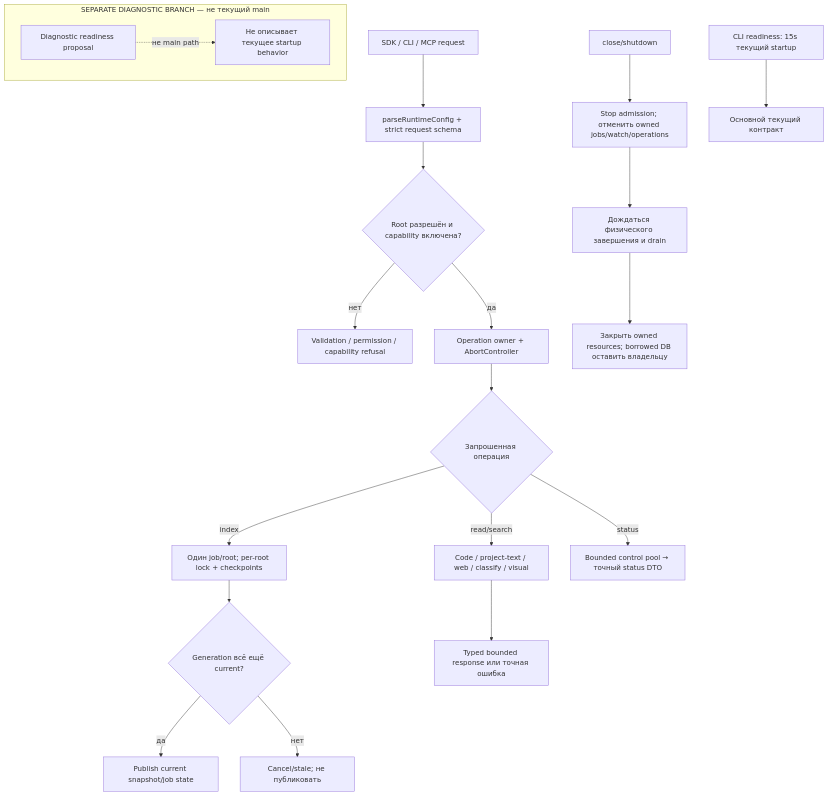
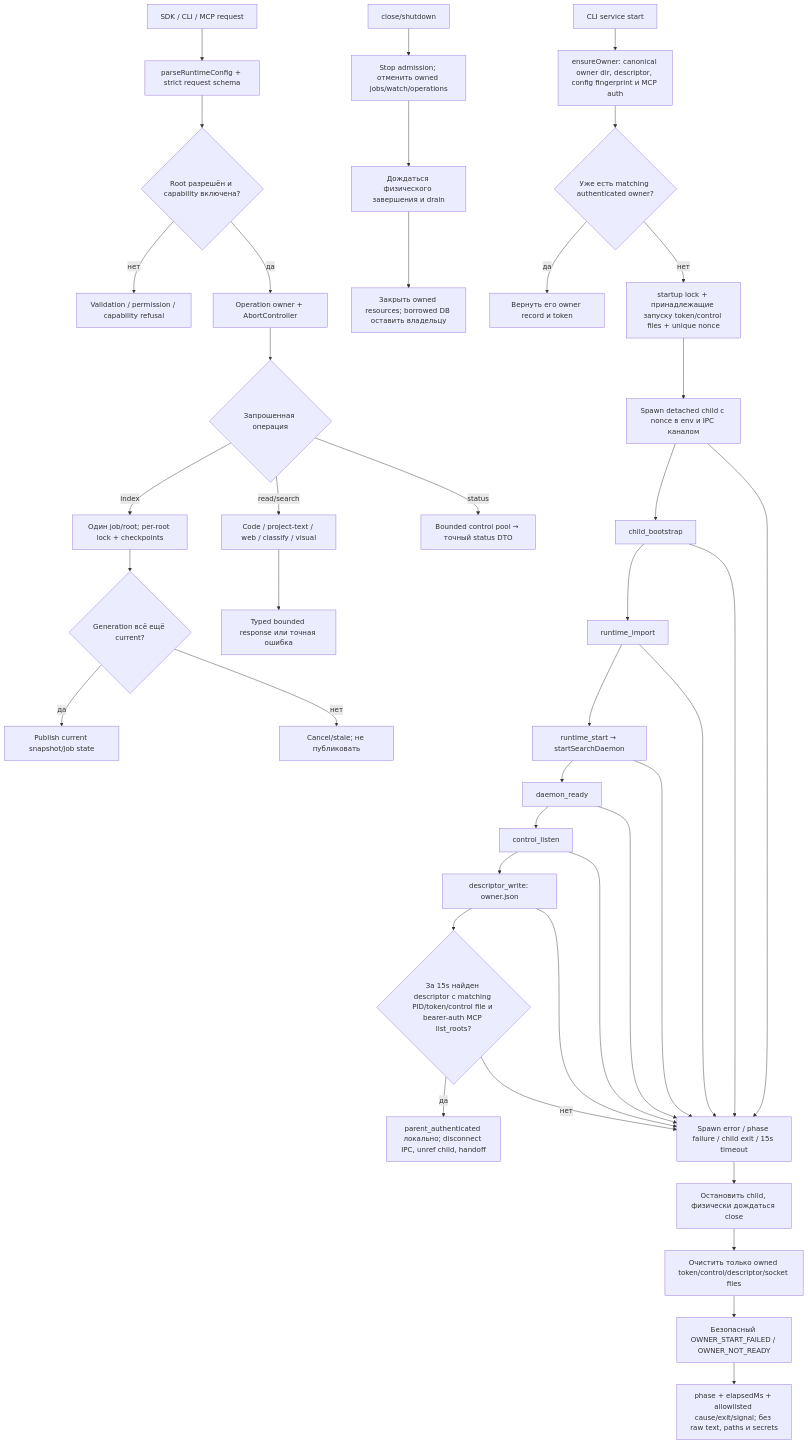
The diagram in src/runtime/README.md (zoomplus/zorya-search), drawn with Mermaid before and after one commit. The commit also changed other lines of this file, not shown here.

Commit message:
docs: map integrated CLI startup diagnostics

````diff
--- a/src/runtime/README.md
+++ b/src/runtime/README.md
@@ -5,22 +5,43 @@
 ```mermaid
 flowchart TD
  A["SDK / CLI / MCP request"] --> B["parseRuntimeConfig + strict request schema"]
  B --> C{"Root разрешён и capability включена?"}
  C -->|"нет"| D["Validation / permission / capability refusal"]
  C -->|"да"| E["Operation owner + AbortController"]
  E --> F{"Запрошенная операция"}
  F -->|"index"| G["Один job/root; per-root lock + checkpoints"]
  F -->|"read/search"| H["Code / project-text / web / classify / visual"]
  F -->|"status"| I["Bounded control pool → точный status DTO"]
  G --> J{"Generation всё ещё current?"}
  J -->|"да"| K["Publish current snapshot/job state"]
  J -->|"нет"| L["Cancel/stale; не публиковать"]
  H --> M["Typed bounded response или точная ошибка"]
  N["close/shutdown"] --> O["Stop admission; отменить owned jobs/watch/operations"]
  O --> P["Дождаться физического завершения и drain"]
  P --> Q["Закрыть owned resources; borrowed DB оставить владельцу"]
- R["CLI readiness: 15s текущий startup"] --> S["Основной текущий контракт"]
- subgraph diag["SEPARATE DIAGNOSTIC BRANCH — не текущий main"]
-  T["Diagnostic readiness proposal"] -. "не main path" .-> U["Не описывает текущее startup behavior"]
- end
+ R["CLI service start"] --> S["ensureOwner: canonical owner dir, descriptor, config fingerprint и MCP auth"]
+ S --> T{"Уже есть matching authenticated owner?"}
+ T -->|"да"| U["Вернуть его owner record и token"]
+ T -->|"нет"| V["startup lock + принадлежащие запуску token/control files + unique nonce"]
+ V --> W["Spawn detached child с nonce в env и IPC каналом"]
+ W --> X["child_bootstrap"]
+ X --> Y["runtime_import"]
+ Y --> Z["runtime_start → startSearchDaemon"]
+ Z --> AA["daemon_ready"]
+ AA --> AB["control_listen"]
+ AB --> AC["descriptor_write: owner.json"]
+ AC --> AD{"За 15s найден descriptor с matching PID/token/control file и bearer-auth MCP list_roots?"}
+ AD -->|"да"| AE["parent_authenticated локально; disconnect IPC, unref child, handoff"]
+ W --> AF["Spawn error / phase failure / child exit / 15s timeout"]
+ X --> AF
+ Y --> AF
+ Z --> AF
+ AA --> AF
+ AB --> AF
+ AC --> AF
+ AD -->|"нет"| AF
+ AF --> AG["Остановить child, физически дождаться close"]
+ AG --> AH["Очистить только owned token/control/descriptor/socket files"]
+ AH --> AI["Безопасный OWNER_START_FAILED / OWNER_NOT_READY"]
+ AI --> AJ["phase + elapsedMs + allowlisted cause/exit/signal; без raw text, paths и secrets"]
 ```
````
